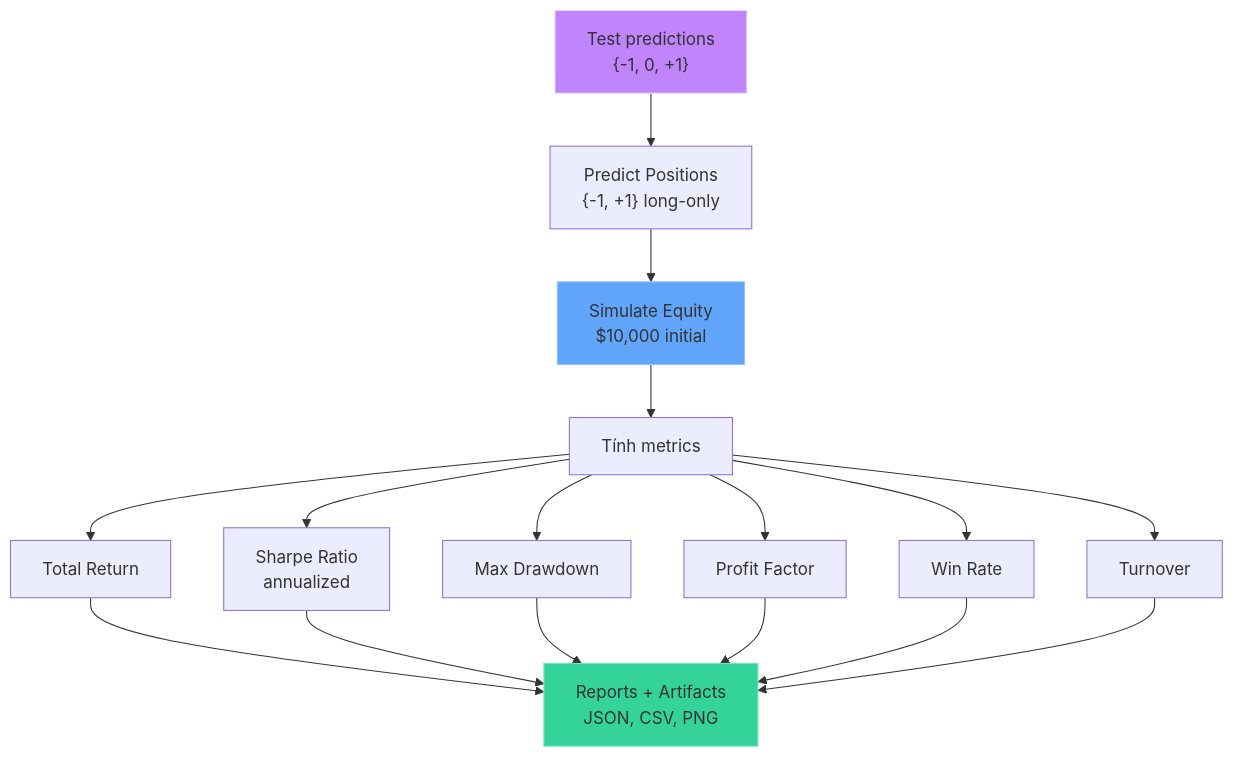
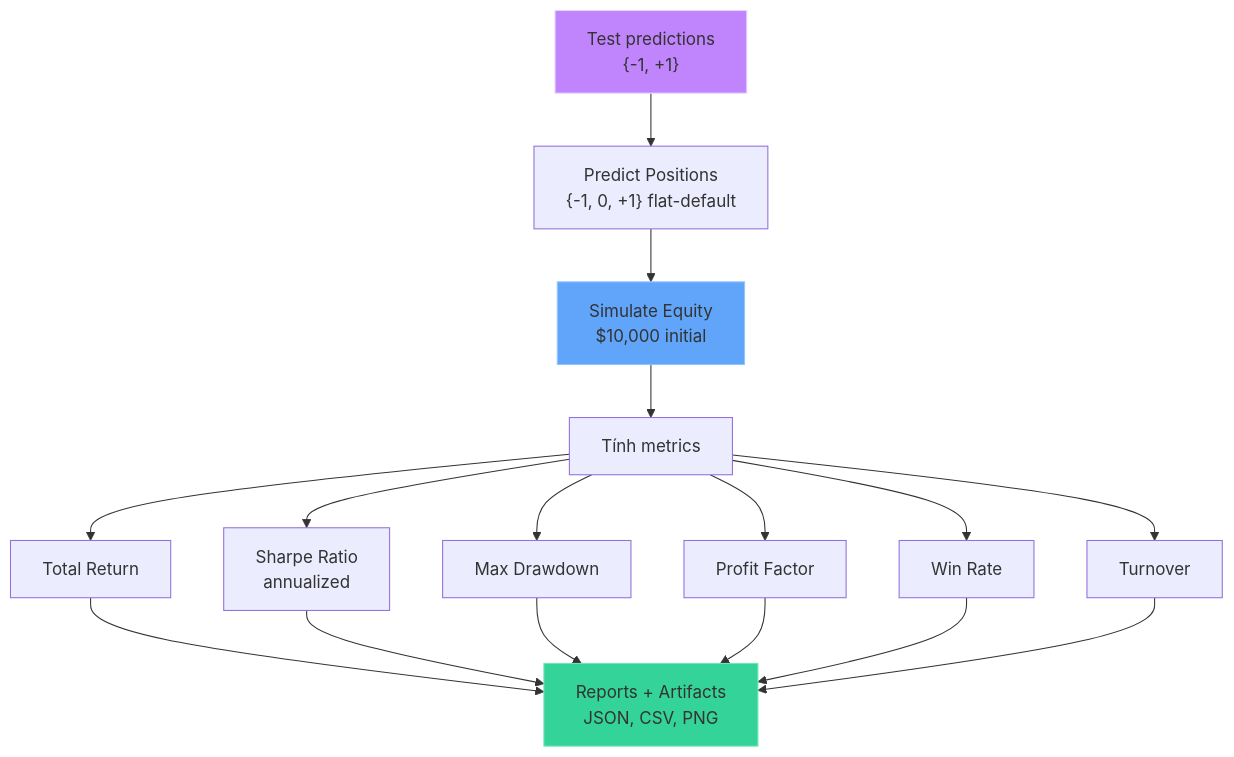
The first of 4 diagrams in docs/backtest-evaluation.md (ultimateBroK/thesis-compact), drawn with Mermaid before and after one commit. The commit also changed other lines of this file and 32 other files, not shown here.

````diff
--- a/docs/backtest-evaluation.md
+++ b/docs/backtest-evaluation.md
@@ -9,22 +9,22 @@
 ```mermaid
 flowchart TD
-    A["Test predictions<br/>{-1, 0, +1}"] --> B["Predict Positions<br/>{-1, +1} long-only"]
+    A["Test predictions<br/>{-1, +1}"] --> B["Predict Positions<br/>{-1, 0, +1} flat-default"]
     B --> C["Simulate Equity<br/>$10,000 initial"]
     C --> D["Tính metrics"]
     D --> E["Total Return"]
     D --> F["Sharpe Ratio<br/>annualized"]
     D --> G["Max Drawdown"]
     D --> H["Profit Factor"]
     D --> I["Win Rate"]
     D --> J["Turnover"]
     E --> K["Reports + Artifacts<br/>JSON, CSV, PNG"]
     F --> K
     G --> K
     H --> K
     I --> K
     J --> K
 
     style A fill:#c084fc,stroke:#e9d5ff
     style C fill:#60a5fa,stroke:#93c5fd
     style K fill:#34d399,stroke:#6ee7b7
 ```
````
